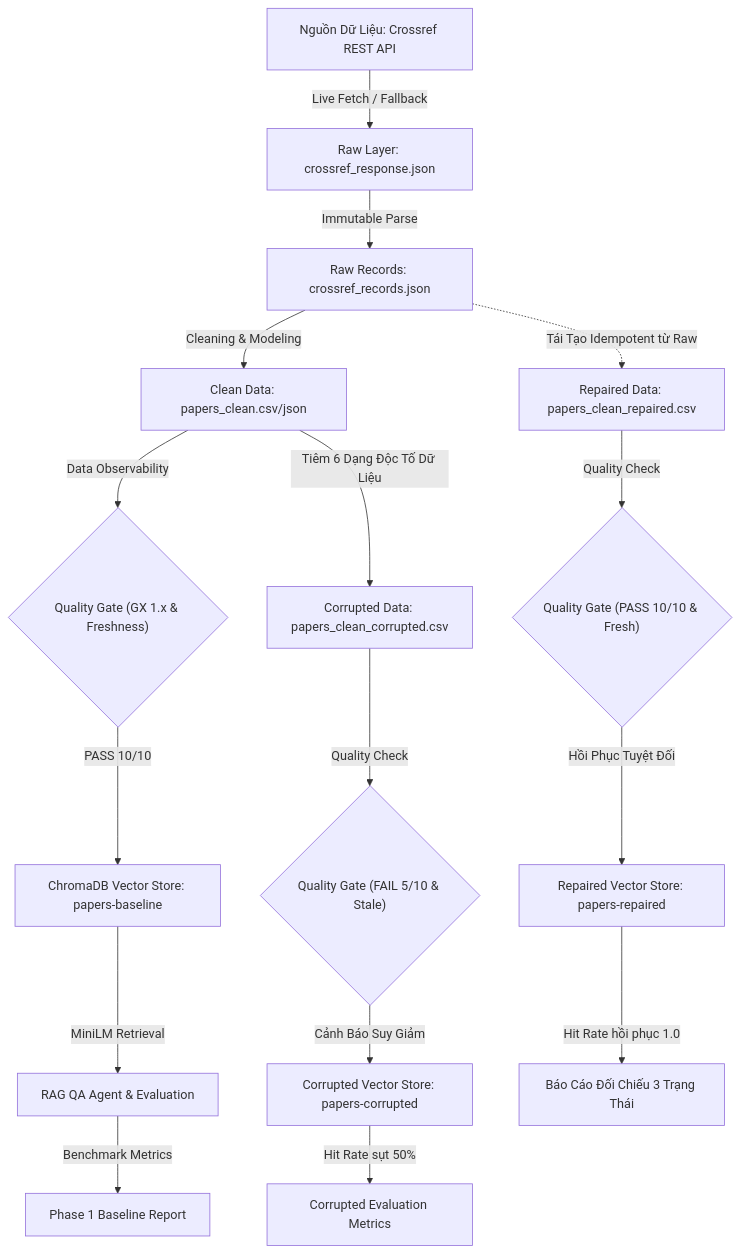
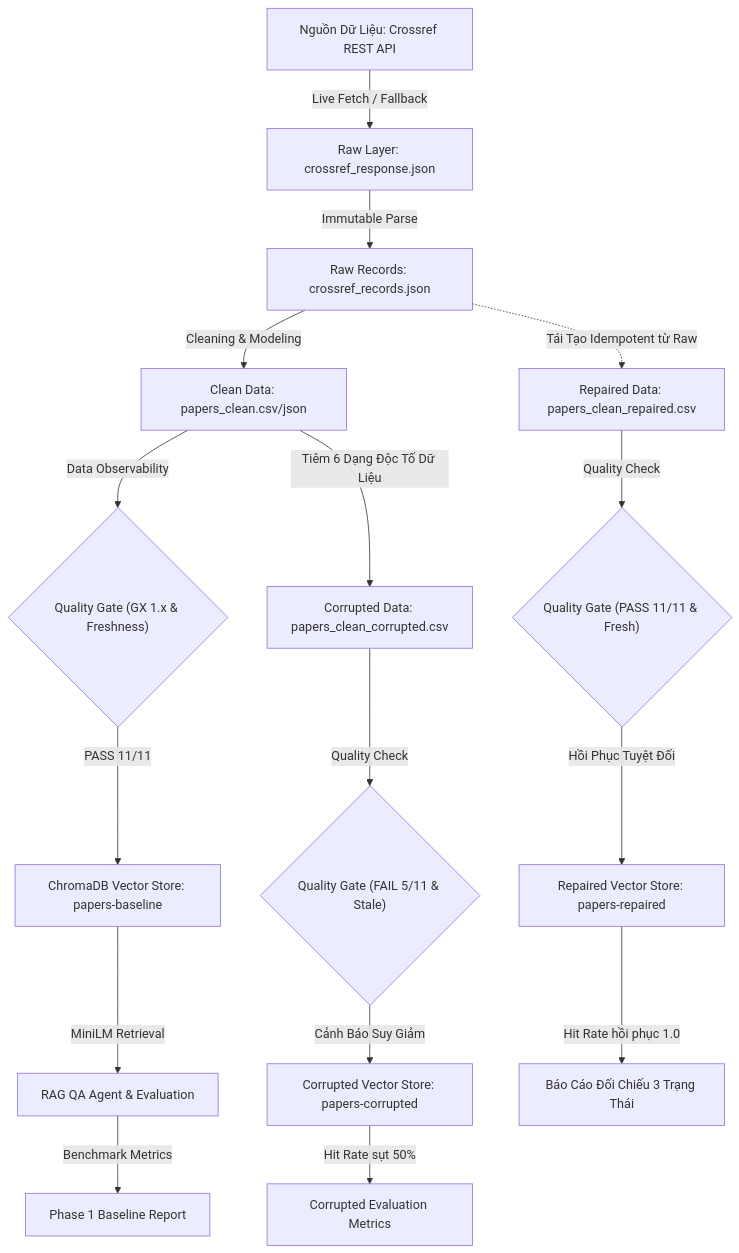
The diagram in report/2A202602502_NguyenVuAnh.md (ItzMeVHuangg/K4A-DAY10-AHA), drawn with Mermaid before and after one commit. The commit also changed other lines of this file and 32 other files, not shown here.

Commit message:
docs: explicit quality-gate evidence and sync 11-expectation numbers

````diff
--- a/report/2A202602502_NguyenVuAnh.md
+++ b/report/2A202602502_NguyenVuAnh.md
@@ -134,21 +134,21 @@
 ```mermaid
 flowchart TD
     A["Nguồn Dữ Liệu: Crossref REST API"] -->|Live Fetch / Fallback| B["Raw Layer: crossref_response.json"]
     B -->|Immutable Parse| C["Raw Records: crossref_records.json"]
     C -->|Cleaning & Modeling| D["Clean Data: papers_clean.csv/json"]
     D -->|Data Observability| E{"Quality Gate (GX 1.x & Freshness)"}
     
-    E -->|PASS 10/10| F["ChromaDB Vector Store: papers-baseline"]
+    E -->|PASS 11/11| F["ChromaDB Vector Store: papers-baseline"]
     F -->|MiniLM Retrieval| G["RAG QA Agent & Evaluation"]
     G -->|Benchmark Metrics| H["Phase 1 Baseline Report"]
     
     D -->|Tiêm 6 Dạng Độc Tố Dữ Liệu| I["Corrupted Data: papers_clean_corrupted.csv"]
-    I -->|Quality Check| J{"Quality Gate (FAIL 5/10 & Stale)"}
+    I -->|Quality Check| J{"Quality Gate (FAIL 5/11 & Stale)"}
     J -->|Cảnh Báo Suy Giảm| K["Corrupted Vector Store: papers-corrupted"]
     K -->|Hit Rate sụt 50%| L["Corrupted Evaluation Metrics"]
     
     C -.->|Tái Tạo Idempotent từ Raw| M["Repaired Data: papers_clean_repaired.csv"]
-    M -->|Quality Check| N{"Quality Gate (PASS 10/10 & Fresh)"}
+    M -->|Quality Check| N{"Quality Gate (PASS 11/11 & Fresh)"}
     N -->|Hồi Phục Tuyệt Đối| O["Repaired Vector Store: papers-repaired"]
     O -->|Hit Rate hồi phục 1.0| P["Báo Cáo Đối Chiếu 3 Trạng Thái"]
 ```
````
